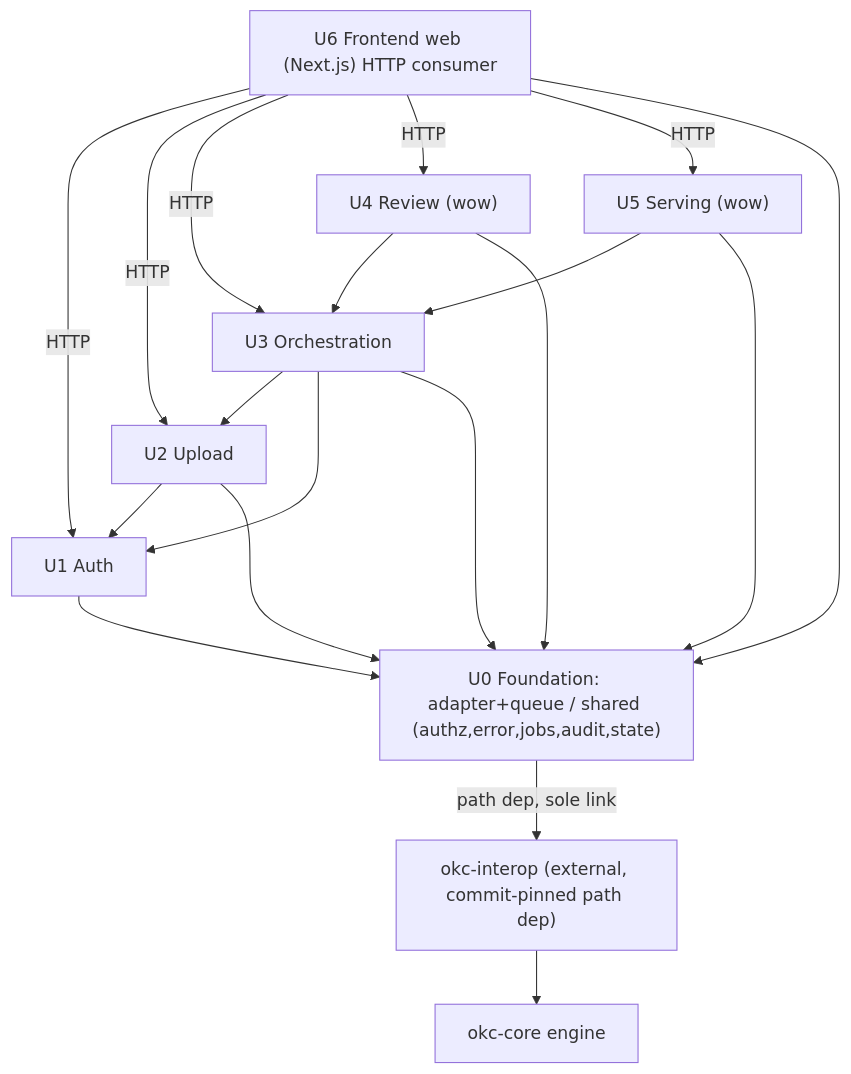
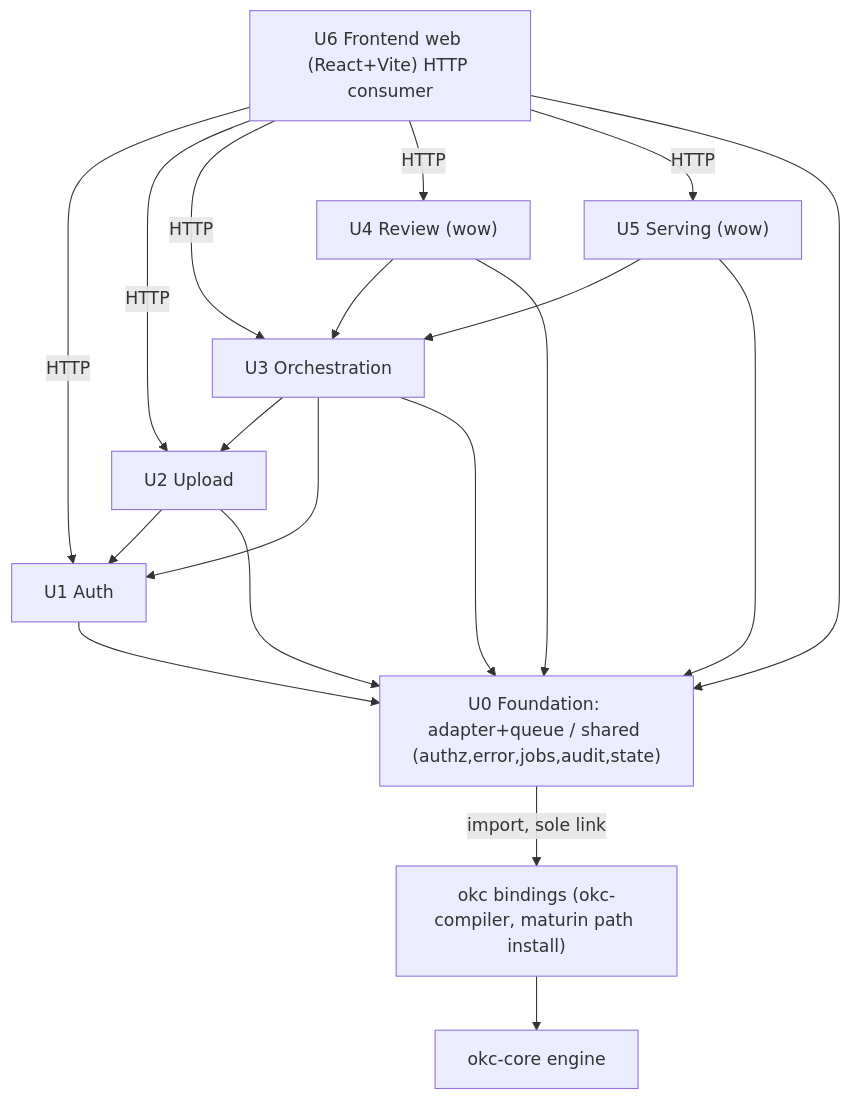
The diagram in okc-web/aidlc-docs/inception/application-design/unit-of-work-dependency.md (HappySPigs/okc), drawn with Mermaid before and after one commit. The commit also changed other lines of this file and 50 other files, not shown here.

````diff
--- a/okc-web/aidlc-docs/inception/application-design/unit-of-work-dependency.md
+++ b/okc-web/aidlc-docs/inception/application-design/unit-of-work-dependency.md
@@ -90,31 +90,31 @@
 ```mermaid
 flowchart TD
-    U6["U6 Frontend web (Next.js) HTTP consumer"]
+    U6["U6 Frontend web (React+Vite) HTTP consumer"]
     U1["U1 Auth"]
     U2["U2 Upload"]
     U3["U3 Orchestration"]
     U4["U4 Review (wow)"]
     U5["U5 Serving (wow)"]
     U0["U0 Foundation: adapter+queue / shared (authz,error,jobs,audit,state)"]
-    INTEROP["okc-interop (external, commit-pinned path dep)"]
+    INTEROP["okc bindings (okc-compiler, maturin path install)"]
     CORE["okc-core engine"]
 
     U1 --> U0
     U2 --> U1
     U2 --> U0
     U3 --> U2
     U3 --> U1
     U3 --> U0
     U4 --> U3
     U4 --> U0
     U5 --> U3
     U5 --> U0
     U6 -->|"HTTP"| U1
     U6 -->|"HTTP"| U2
     U6 -->|"HTTP"| U3
     U6 -->|"HTTP"| U4
     U6 -->|"HTTP"| U5
     U6 --> U0
-    U0 -->|"path dep, sole link"| INTEROP
+    U0 -->|"import, sole link"| INTEROP
     INTEROP --> CORE
 ```
````
